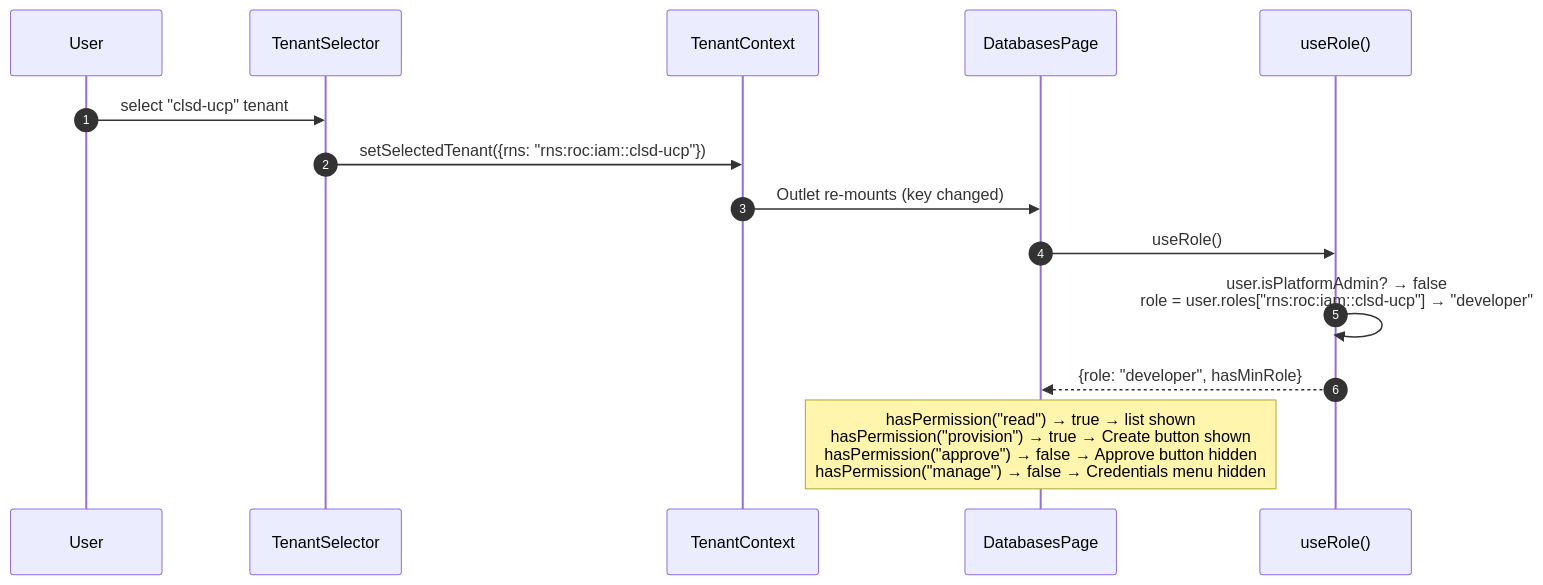
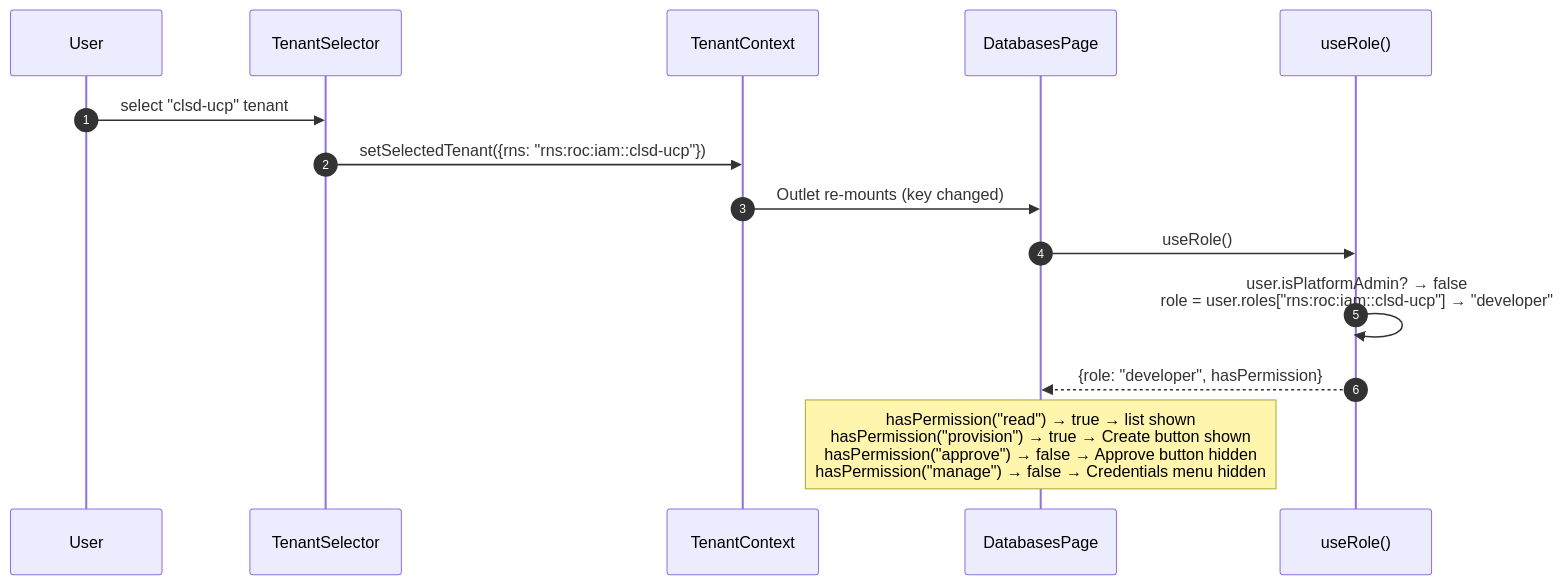
One commit to aripermana-putra/ucp-docs-collection changed the second of 5 diagrams in docs/projects/universal-control-plane-ucp/pocs/rbac/implementation.md. Above: the diagram before and after it, drawn with Mermaid. The commit also changed other lines of this file, not shown here.

````diff
--- a/docs/projects/universal-control-plane-ucp/pocs/rbac/implementation.md
+++ b/docs/projects/universal-control-plane-ucp/pocs/rbac/implementation.md
@@ -342,21 +341,21 @@
 ```mermaid
 sequenceDiagram
     autonumber
 
     participant User
     participant TenantSelector as TenantSelector
     participant TenantCtx as TenantContext
     participant Component as DatabasesPage
     participant useRole as useRole()
 
     User->>TenantSelector: select "clsd-ucp" tenant
     TenantSelector->>TenantCtx: setSelectedTenant({rns: "rns:roc:iam::clsd-ucp"})
     TenantCtx->>Component: Outlet re-mounts (key changed)
 
     Component->>useRole: useRole()
     useRole->>useRole: user.isPlatformAdmin? → false<br/>role = user.roles["rns:roc:iam::clsd-ucp"] → "developer"
 
-    useRole-->>Component: {role: "developer", hasMinRole}
+    useRole-->>Component: {role: "developer", hasPermission}
 
     Note over Component: hasPermission("read")      → true  → list shown<br/>hasPermission("provision") → true  → Create button shown<br/>hasPermission("approve")   → false → Approve button hidden<br/>hasPermission("manage")    → false → Credentials menu hidden
 ```
````
